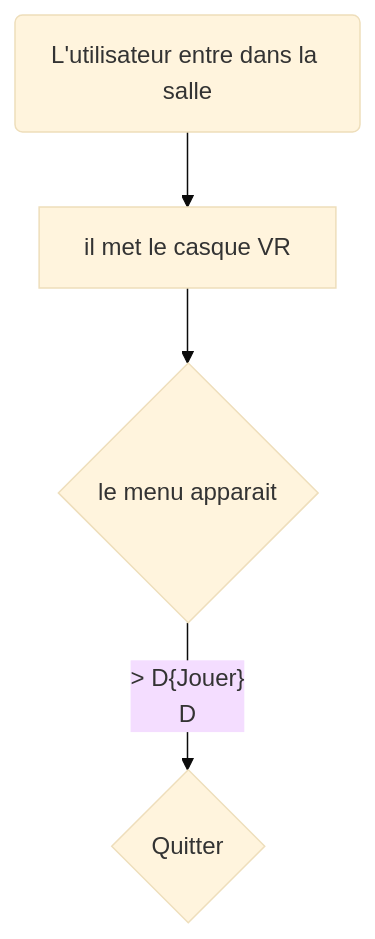
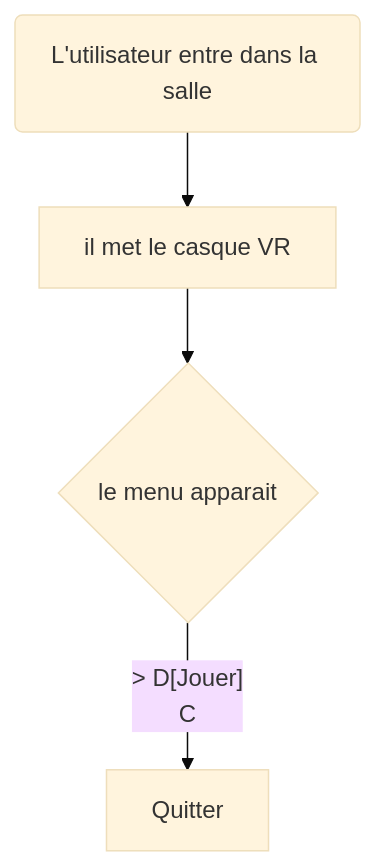
The diagram in README.md (samesthumain/sac-de-sable), drawn with Mermaid (base theme) before and after one commit.

````diff
--- a/README.md
+++ b/README.md
@@ -5,8 +5,8 @@
 ```mermaid
 flowchart TD
     A(L'utilisateur entre dans la salle) --> B[il met le casque VR]
     B --> C{le menu apparait}
-    C --­­> D{Jouer}
-    D --> E{Quitter}
+    C --­­> D[Jouer]
+    C --> E[Quitter]
 
 ```
````
